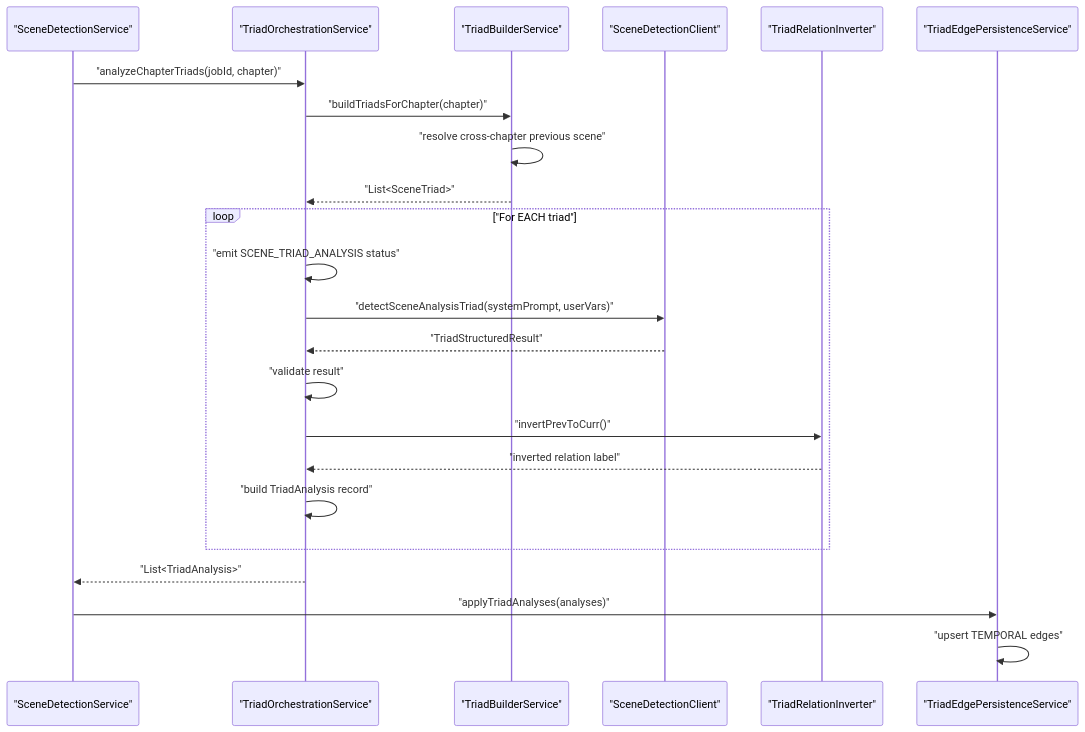
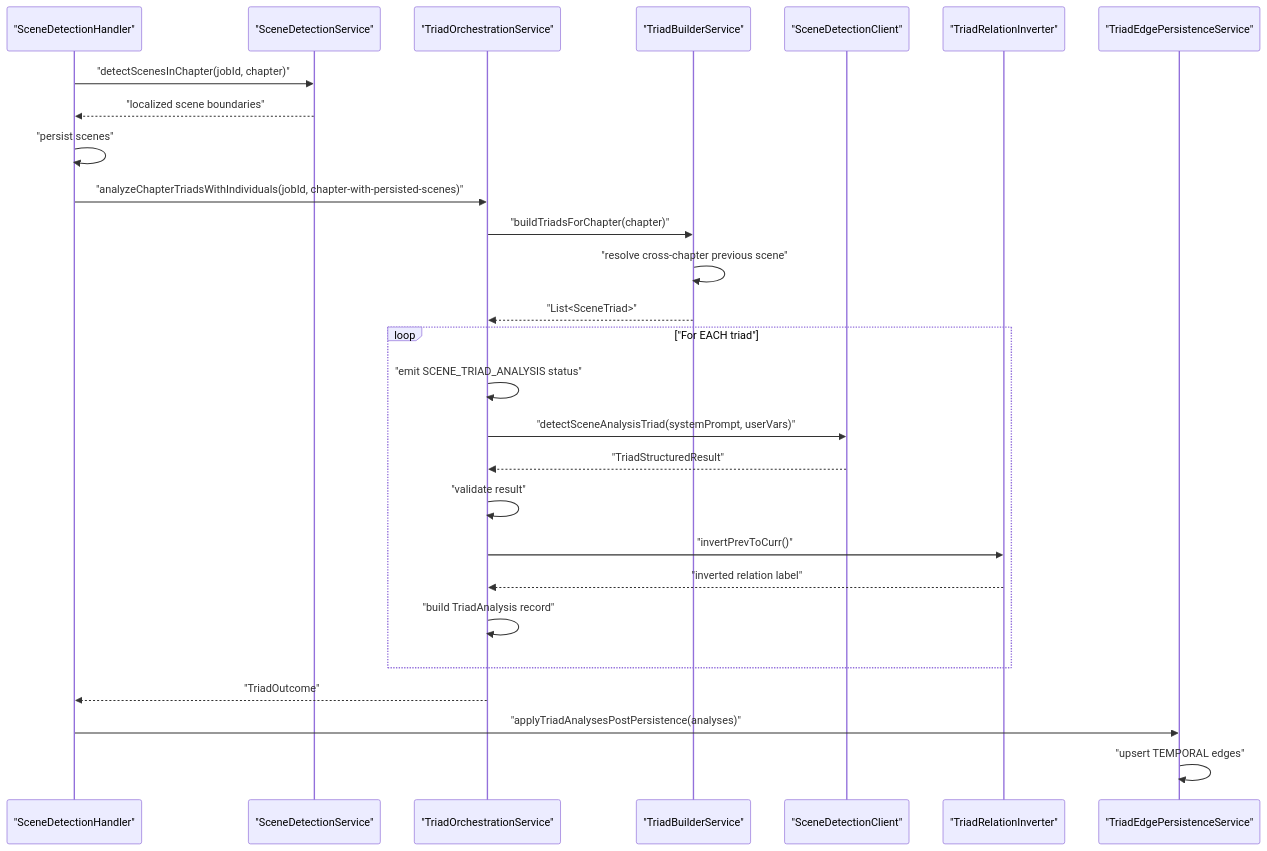
Before and after one commit to chaixdev/lorevault-kb: the second of 2 diagrams in docs/patterns/triad-analysis.md, drawn with Mermaid. The commit also changed other lines of this file and 7 other files, not shown here.

````diff
--- a/docs/patterns/triad-analysis.md
+++ b/docs/patterns/triad-analysis.md
@@ -29,26 +30,30 @@
 ```mermaid
 sequenceDiagram
+    participant SDH as "SceneDetectionHandler"
     participant SDS as "SceneDetectionService"
     participant TOS as "TriadOrchestrationService"
     participant TBS as "TriadBuilderService"
     participant SDC as "SceneDetectionClient"
     participant TRI as "TriadRelationInverter"
     participant TEPS as "TriadEdgePersistenceService"
 
-    SDS->>TOS: "analyzeChapterTriads(jobId, chapter)"
+    SDH->>SDS: "detectScenesInChapter(jobId, chapter)"
+    SDS-->>SDH: "localized scene boundaries"
+    SDH->>SDH: "persist scenes"
+    SDH->>TOS: "analyzeChapterTriadsWithIndividuals(jobId, chapter-with-persisted-scenes)"
     TOS->>TBS: "buildTriadsForChapter(chapter)"
     TBS->>TBS: "resolve cross-chapter previous scene"
     TBS-->>TOS: "List<SceneTriad>"
     loop "For EACH triad"
         TOS->>TOS: "emit SCENE_TRIAD_ANALYSIS status"
         TOS->>SDC: "detectSceneAnalysisTriad(systemPrompt, userVars)"
         SDC-->>TOS: "TriadStructuredResult"
         TOS->>TOS: "validate result"
         TOS->>TRI: "invertPrevToCurr()"
         TRI-->>TOS: "inverted relation label"
         TOS->>TOS: "build TriadAnalysis record"
     end
-    TOS-->>SDS: "List<TriadAnalysis>"
-    SDS->>TEPS: "applyTriadAnalyses(analyses)"
+    TOS-->>SDH: "TriadOutcome"
+    SDH->>TEPS: "applyTriadAnalysesPostPersistence(analyses)"
     TEPS->>TEPS: "upsert TEMPORAL edges"
 ```
````
